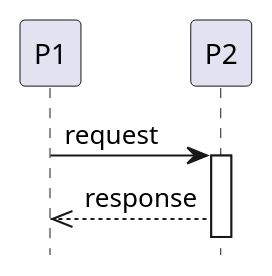
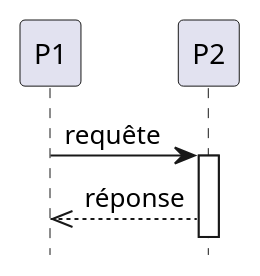
Before and after one commit to gigl-uml/Guide_uml_polymtl: the diagram in plant_uml/responseMessageExample.plantuml, drawn with PlantUML. The commit also changed 8 other files, not shown here.

Commit message:
traduction diagramme interaction

```diff
--- a/plant_uml/responseMessageExample.plantuml
+++ b/plant_uml/responseMessageExample.plantuml
@@ -1,14 +1,14 @@
 @startuml
 hide footbox
 skinparam backgroundcolor transparent
 
 participant P1
 participant P2
 
 
-P1 -> P2: request
+P1 -> P2: requête
 activate P2
-P2 -->> P1: response
+P2 -->> P1: réponse
 deactivate P1
 
 @enduml
```
